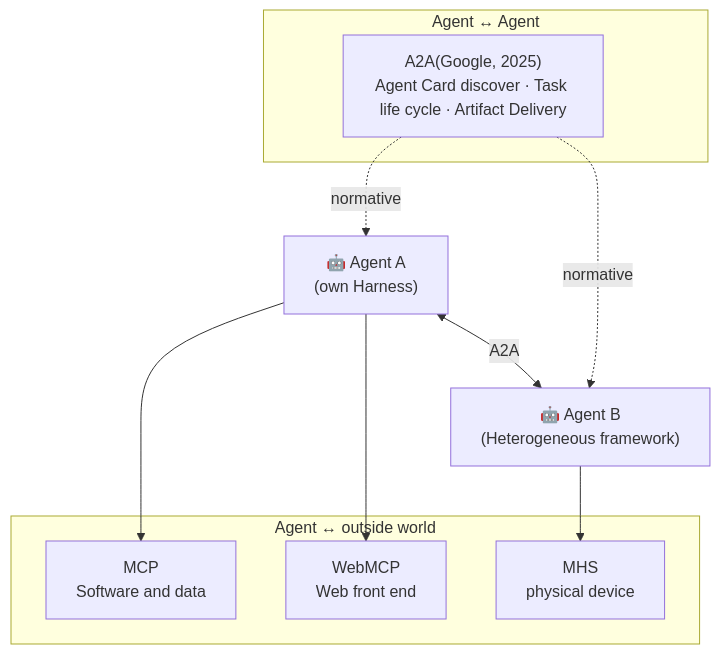
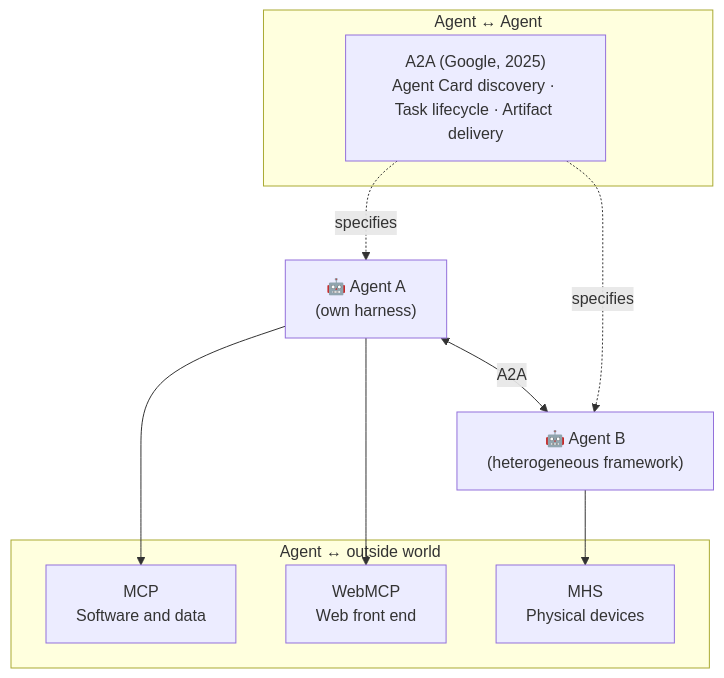
The ninth of 50 diagrams in _translations/en/research/AI-Agent-Survey.md (TingdeLiu/tingdeliu.github.io), drawn with Mermaid before and after one commit. The commit also changed other lines of this file and 51 other files, not shown here.

````diff
--- a/_translations/en/research/AI-Agent-Survey.md
+++ b/_translations/en/research/AI-Agent-Survey.md
@@ -613,17 +613,17 @@
 ```mermaid
 flowchart TB
     subgraph L4["Agent ↔ Agent"]
-        A2A["A2A(Google, 2025)\nAgent Card discover · Task life cycle · Artifact Delivery"]
+        A2A["A2A (Google, 2025)\nAgent Card discovery · Task lifecycle · Artifact delivery"]
     end
     subgraph L3["Agent ↔ outside world"]
         MCP["MCP\nSoftware and data"]
         WEB["WebMCP\nWeb front end"]
-        MHS["MHS\nphysical device"]
+        MHS["MHS\nPhysical devices"]
     end
-    AG1["🤖 Agent A\n(own Harness)"] <-->|"A2A"| AG2["🤖 Agent B\n(Heterogeneous framework)"]
+    AG1["🤖 Agent A\n(own harness)"] <-->|"A2A"| AG2["🤖 Agent B\n(heterogeneous framework)"]
     AG1 --> MCP
     AG1 --> WEB
     AG2 --> MHS
-    A2A -.->|"normative"| AG1
-    A2A -.->|"normative"| AG2
+    A2A -.->|"specifies"| AG1
+    A2A -.->|"specifies"| AG2
 ```
````
